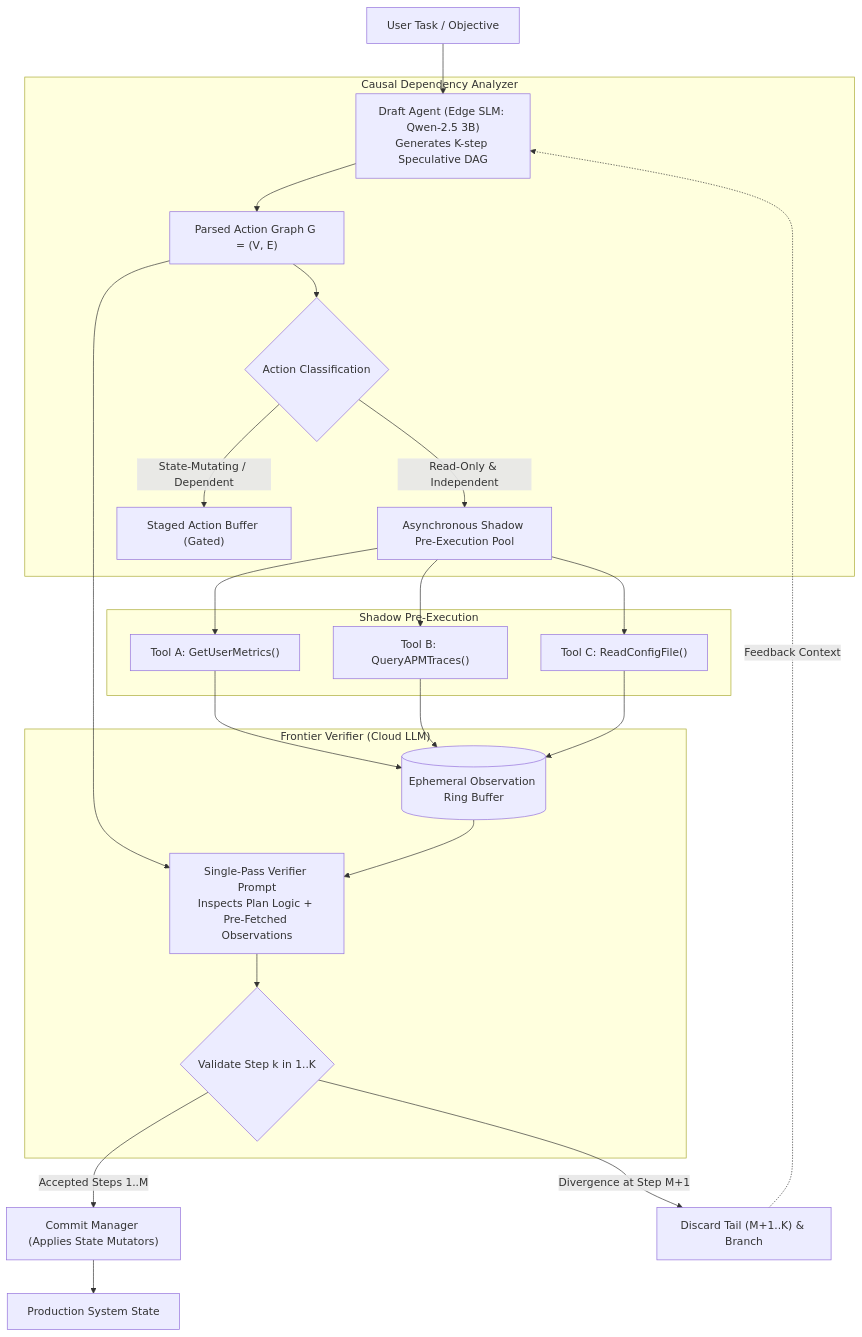
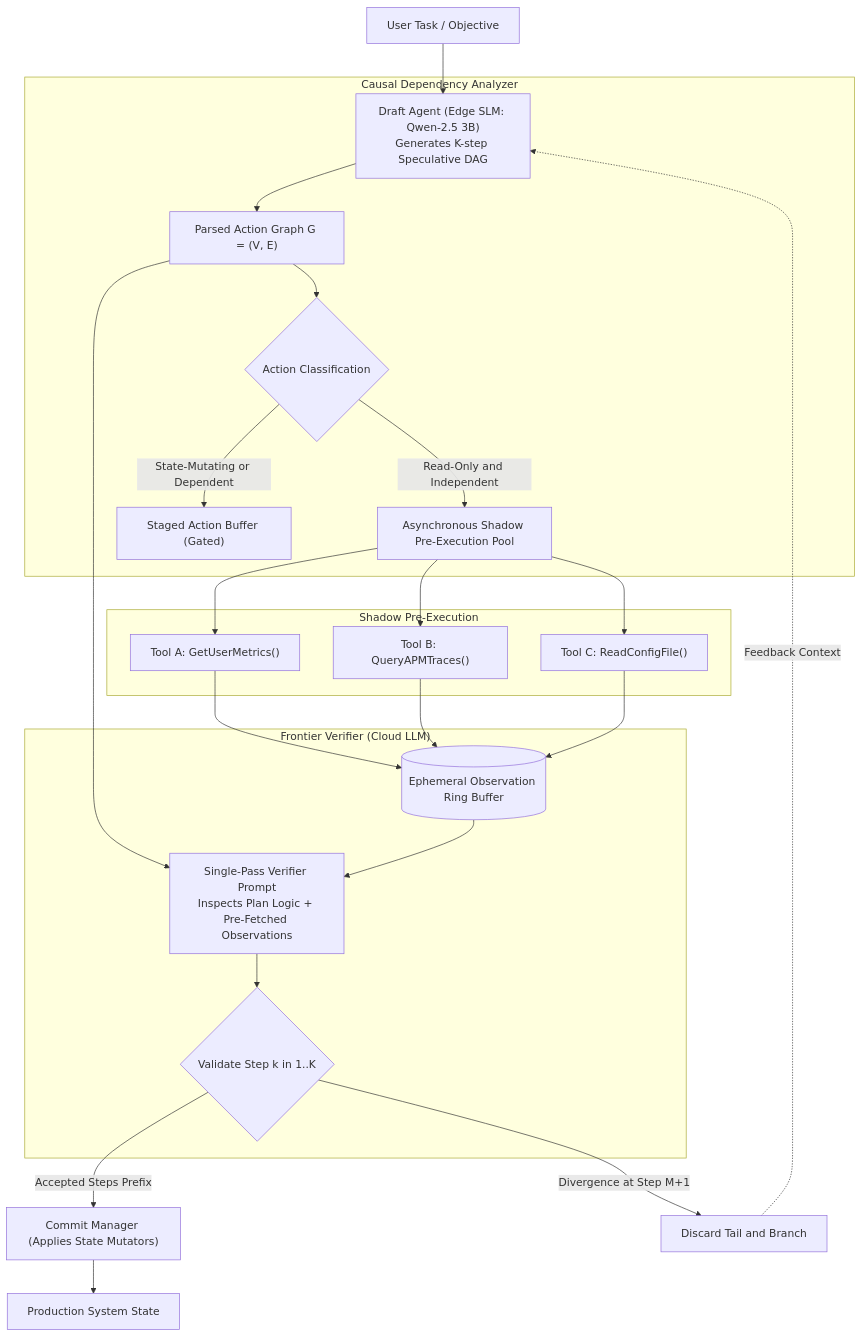
Before and after one commit to prethiv/Agentic-AI-Case-studies: the first of 2 diagrams in case-studies/13-speculative-agent-execution/README.md, drawn with Mermaid. The commit also changed other lines of this file and 4 other files, not shown here.

Commit message:
fix(docs): resolve Mermaid syntax errors in case studies 12-15 and add validation test suite

````diff
--- a/case-studies/13-speculative-agent-execution/README.md
+++ b/case-studies/13-speculative-agent-execution/README.md
@@ -82,33 +82,33 @@
 ```mermaid
 flowchart TD
     User["User Task / Objective"] --> DraftEngine["Draft Agent (Edge SLM: Qwen-2.5 3B)<br/>Generates K-step Speculative DAG"]
 
     subgraph SpeculativeGraph["Causal Dependency Analyzer"]
         DraftEngine --> DAG["Parsed Action Graph G = (V, E)"]
         DAG --> Partition{"Action Classification"}
-        Partition -->|Read-Only & Independent| PreExecPool["Asynchronous Shadow Pre-Execution Pool"]
-        Partition -->|State-Mutating / Dependent| StagingBuffer["Staged Action Buffer (Gated)"]
+        Partition -->|Read-Only and Independent| PreExecPool["Asynchronous Shadow Pre-Execution Pool"]
+        Partition -->|State-Mutating or Dependent| StagingBuffer["Staged Action Buffer (Gated)"]
     end
 
     subgraph ShadowExecution["Shadow Pre-Execution"]
         PreExecPool --> ToolA["Tool A: GetUserMetrics()"]
         PreExecPool --> ToolB["Tool B: QueryAPMTraces()"]
         PreExecPool --> ToolC["Tool C: ReadConfigFile()"]
     end
 
     ToolA --> ObsBuffer[("Ephemeral Observation Ring Buffer")]
     ToolB --> ObsBuffer
     ToolC --> ObsBuffer
 
     subgraph VerificationEngine["Frontier Verifier (Cloud LLM)"]
         DAG --> Verifier["Single-Pass Verifier Prompt<br/>Inspects Plan Logic + Pre-Fetched Observations"]
         ObsBuffer --> Verifier
         Verifier --> AcceptanceEngine{"Validate Step k in 1..K"}
     end
 
-    AcceptanceEngine -->|Accepted Steps 1..M| CommitManager["Commit Manager (Applies State Mutators)"]
-    AcceptanceEngine -->|Divergence at Step M+1| Truncate["Discard Tail (M+1..K) & Branch"]
+    AcceptanceEngine -->|Accepted Steps Prefix| CommitManager["Commit Manager (Applies State Mutators)"]
+    AcceptanceEngine -->|Divergence at Step M+1| Truncate["Discard Tail and Branch"]
 
     CommitManager --> ProdState["Production System State"]
     Truncate -.->|Feedback Context| DraftEngine
 ```
````
